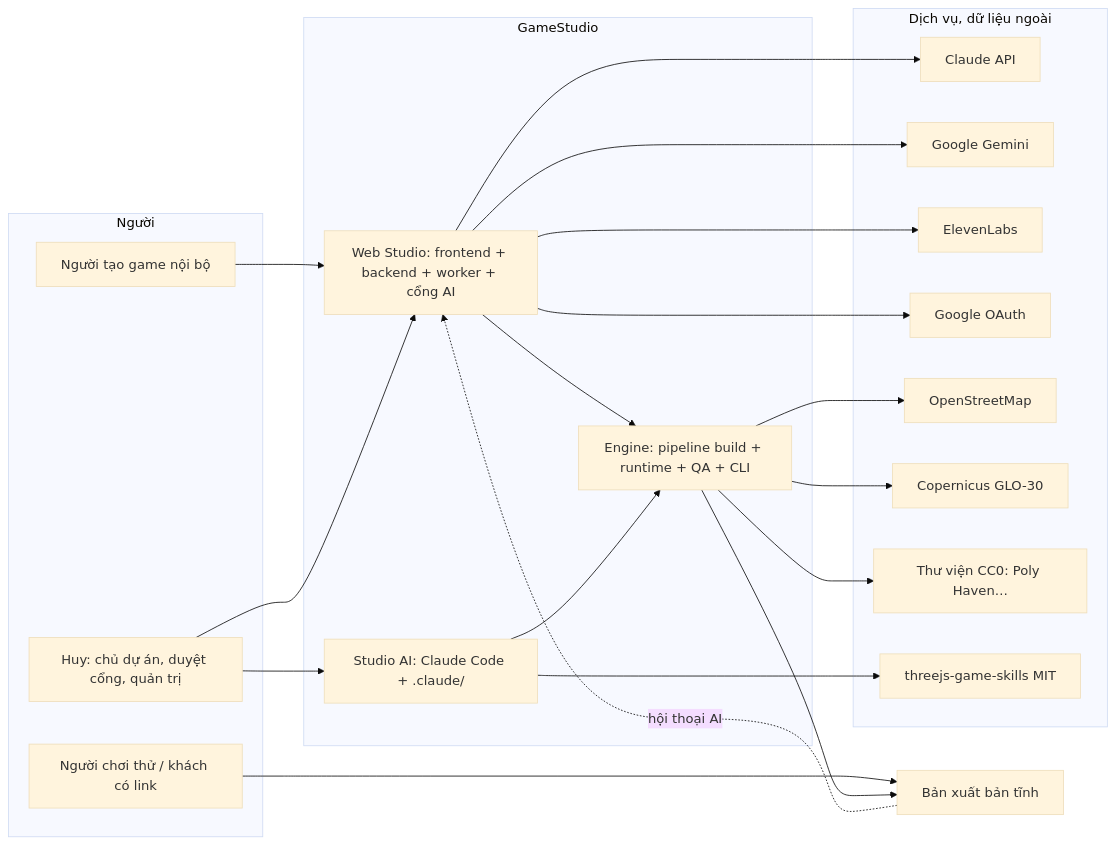
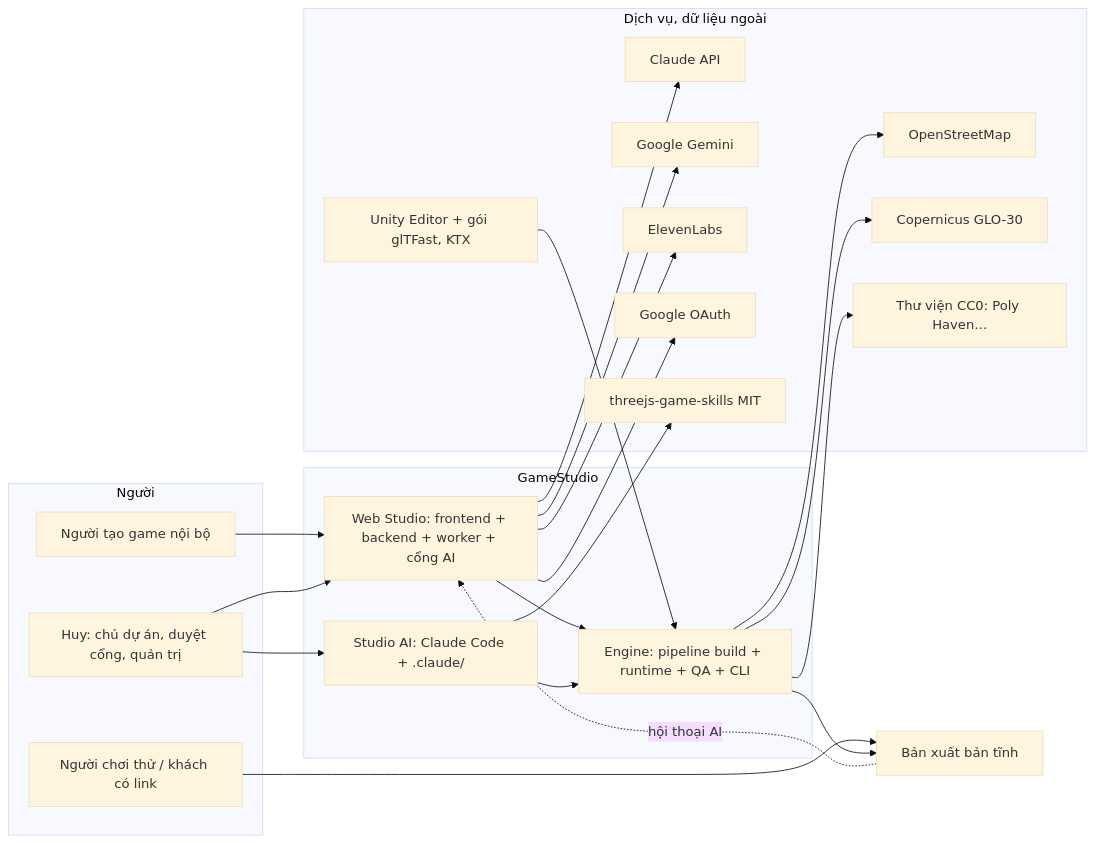
Before and after one commit to huy8462/GameStudio: the first of 3 diagrams in docs/SRS/SRS-00-TONG-QUAN.md, drawn with Mermaid (base theme). The commit also changed other lines of this file and 14 other files, not shown here.

````diff
--- a/docs/SRS/SRS-00-TONG-QUAN.md
+++ b/docs/SRS/SRS-00-TONG-QUAN.md
@@ -86,34 +86,36 @@
 ```mermaid
 flowchart LR
     subgraph Nguoi[Người]
         HUY[Huy: chủ dự án, duyệt cổng, quản trị]
         TG[Người tạo game nội bộ]
         NC[Người chơi thử / khách có link]
     end
     subgraph GS[GameStudio]
         WS[Web Studio: frontend + backend + worker + cổng AI]
         ENG[Engine: pipeline build + runtime + QA + CLI]
         CC[Studio AI: Claude Code + .claude/]
     end
     subgraph Ngoai[Dịch vụ, dữ liệu ngoài]
         CL[Claude API]
         GE[Google Gemini]
         EL[ElevenLabs]
         GO[Google OAuth]
         OSM[OpenStreetMap]
         COP[Copernicus GLO-30]
         CC0[Thư viện CC0: Poly Haven…]
         UP[threejs-game-skills MIT]
+        UN[Unity Editor + gói glTFast, KTX]
     end
     TG --> WS
     HUY --> WS
     HUY --> CC
     NC --> PUB[Bản xuất bản tĩnh]
     WS --> ENG
     CC --> ENG
+    UN --> ENG
     ENG --> PUB
     WS --> CL & GE & EL & GO
     ENG --> OSM & COP & CC0
     CC --> UP
     PUB -. hội thoại AI .-> WS
 ```
````
